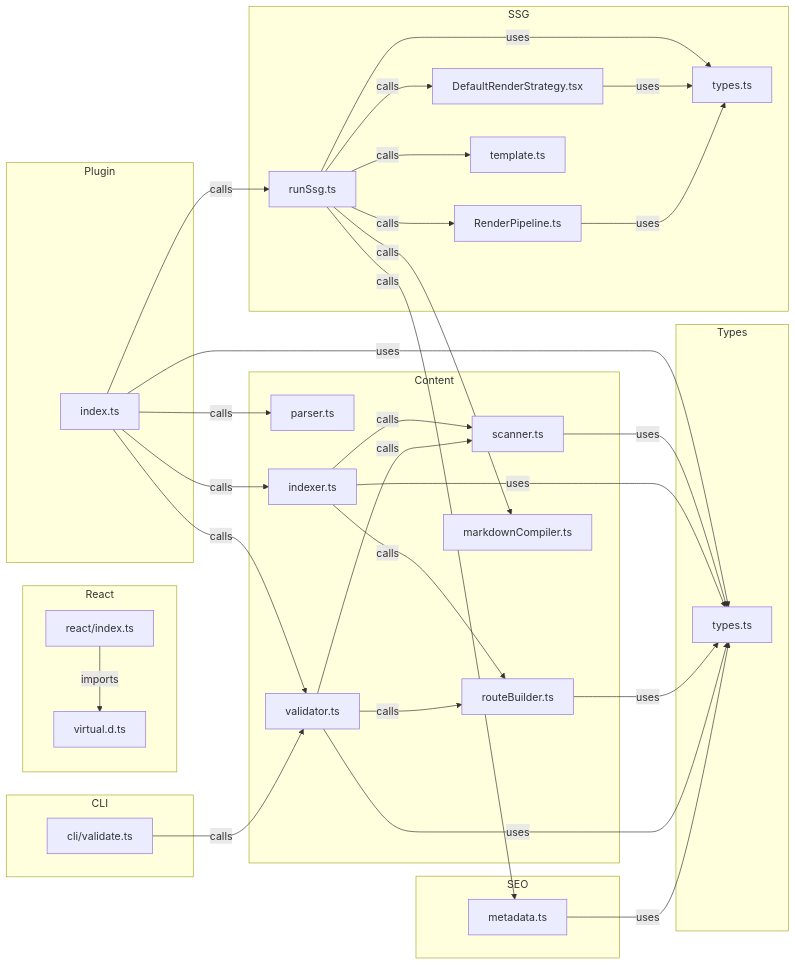
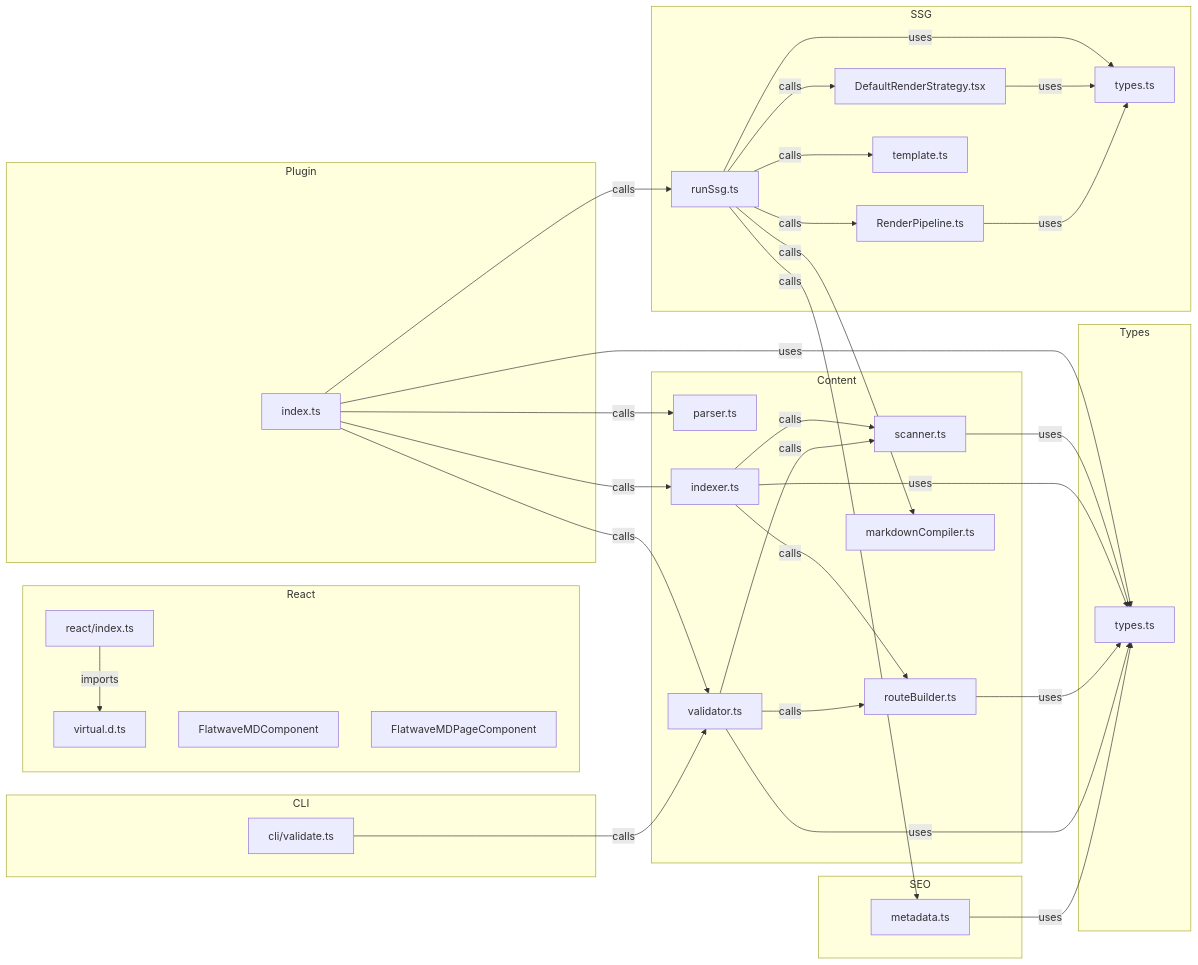
One commit to kamansoft/vite-plugin-flatwave-react changed the third of 3 diagrams in docs/Architecture.md. Above: the diagram before and after it, drawn with Mermaid. The commit also changed other lines of this file and 45 other files, not shown here.

````diff
--- a/docs/Architecture.md
+++ b/docs/Architecture.md
@@ -799,72 +369,74 @@
 ```mermaid
 graph LR
     subgraph "Plugin"
         IDX[index.ts]
     end
 
     subgraph "Content"
         SC[scanner.ts]
         PA[parser.ts]
         IN[indexer.ts]
         RB[routeBuilder.ts]
         VA[validator.ts]
         MC[markdownCompiler.ts]
     end
 
     subgraph "SSG"
         RS[runSsg.ts]
         RP[RenderPipeline.ts]
         DR[DefaultRenderStrategy.tsx]
         TM[template.ts]
         TY[types.ts]
     end
 
     subgraph "React"
         RE[react/index.ts]
         VD[virtual.d.ts]
+        COMP[FlatwaveMDComponent]
+        PAGE[FlatwaveMDPageComponent]
     end
 
     subgraph "SEO"
         ME[metadata.ts]
     end
 
     subgraph "CLI"
         CL[cli/validate.ts]
     end
 
     subgraph "Types"
         TT[types.ts]
     end
 
     IDX -->|calls| IN
     IDX -->|calls| VA
     IDX -->|calls| PA
     IDX -->|calls| RS
     IDX -->|uses| TT
 
     IN -->|calls| SC
     IN -->|calls| RB
 
     VA -->|calls| SC
     VA -->|calls| RB
 
     RS -->|calls| RP
     RS -->|calls| DR
     RS -->|calls| TM
     RS -->|calls| ME
     RS -->|calls| MC
     RS -->|uses| TY
 
     RE -->|imports| VD
 
     CL -->|calls| VA
 
     SC -->|uses| TT
     IN -->|uses| TT
     RB -->|uses| TT
     VA -->|uses| TT
     DR -->|uses| TY
     RP -->|uses| TY
 
     ME -->|uses| TT
 ```
````
